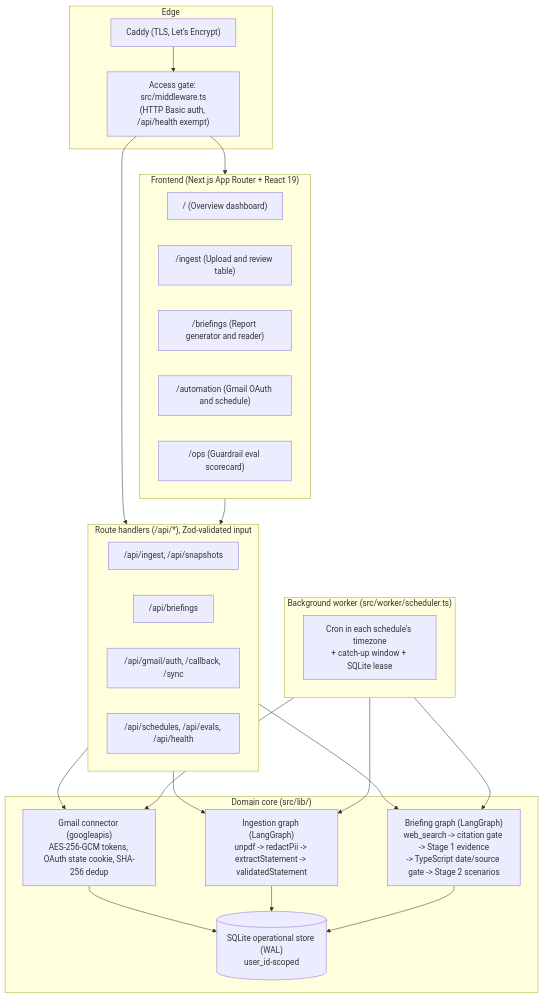
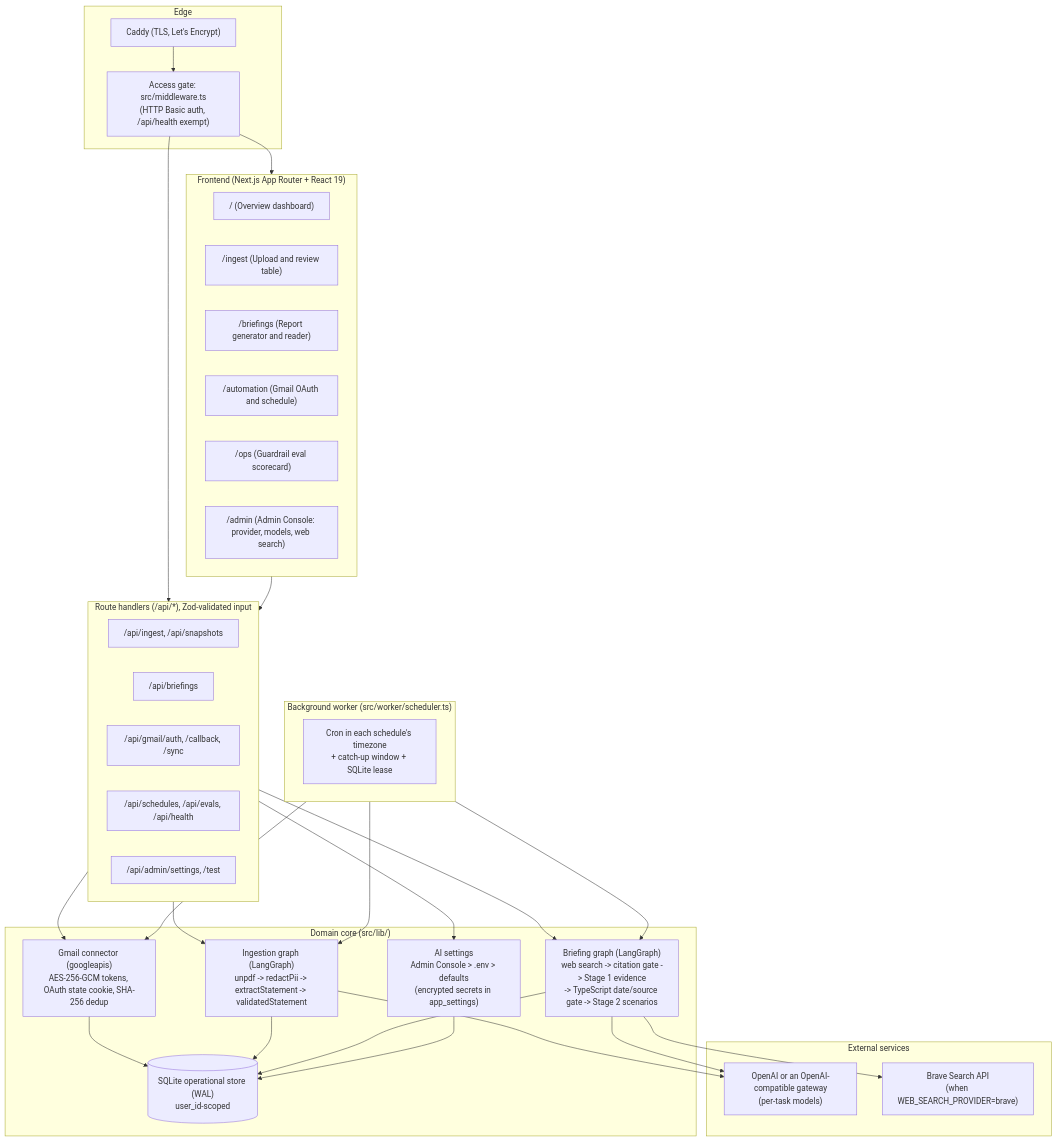
One commit to ruobin/ledgerpulse changed the diagram in docs/architecture-hld.md. Above: the diagram before and after it, drawn with Mermaid. The commit also changed other lines of this file and 3 other files, not shown here.

First line of the commit message:
docs: model guidance, web search providers, Admin Console and gateways

````diff
--- a/docs/architecture-hld.md
+++ b/docs/architecture-hld.md
@@ -9,46 +9,59 @@
 ```mermaid
 flowchart TB
     subgraph Edge["Edge"]
         CADDY["Caddy (TLS, Let's Encrypt)"]
         GATE["Access gate: src/middleware.ts<br/>(HTTP Basic auth, /api/health exempt)"]
     end
 
     subgraph Client["Frontend (Next.js App Router + React 19)"]
         UI1["/ (Overview dashboard)"]
         UI2["/ingest (Upload and review table)"]
         UI3["/briefings (Report generator and reader)"]
         UI4["/automation (Gmail OAuth and schedule)"]
         UI5["/ops (Guardrail eval scorecard)"]
+        UI6["/admin (Admin Console: provider, models, web search)"]
     end
 
     subgraph API["Route handlers (/api/*), Zod-validated input"]
         A1["/api/ingest, /api/snapshots"]
         A2["/api/briefings"]
         A3["/api/gmail/auth, /callback, /sync"]
         A4["/api/schedules, /api/evals, /api/health"]
+        A5["/api/admin/settings, /test"]
     end
 
     subgraph Worker["Background worker (src/worker/scheduler.ts)"]
         W1["Cron in each schedule's timezone<br/>+ catch-up window + SQLite lease"]
     end
 
     subgraph Core["Domain core (src/lib/)"]
         G1["Ingestion graph (LangGraph)<br/>unpdf -> redactPii -> extractStatement -> validatedStatement"]
-        G2["Briefing graph (LangGraph)<br/>web_search -> citation gate -> Stage 1 evidence<br/>-> TypeScript date/source gate -> Stage 2 scenarios"]
+        G2["Briefing graph (LangGraph)<br/>web search -> citation gate -> Stage 1 evidence<br/>-> TypeScript date/source gate -> Stage 2 scenarios"]
         GM["Gmail connector (googleapis)<br/>AES-256-GCM tokens, OAuth state cookie, SHA-256 dedup"]
+        CFG["AI settings<br/>Admin Console > .env > defaults<br/>(encrypted secrets in app_settings)"]
         DB[("SQLite operational store (WAL)<br/>user_id-scoped")]
+    end
+
+    subgraph External["External services"]
+        LLM["OpenAI or an OpenAI-compatible gateway<br/>(per-task models)"]
+        BRAVE["Brave Search API<br/>(when WEB_SEARCH_PROVIDER=brave)"]
     end
 
     CADDY --> GATE --> Client
     GATE --> API
     Client --> API
     API --> G1
     API --> G2
     API --> GM
     Worker --> GM
     Worker --> G1
     Worker --> G2
     GM --> DB
     G1 --> DB
     G2 --> DB
+    API --> CFG
+    CFG --> DB
+    G1 --> LLM
+    G2 --> LLM
+    G2 --> BRAVE
 ```
````
